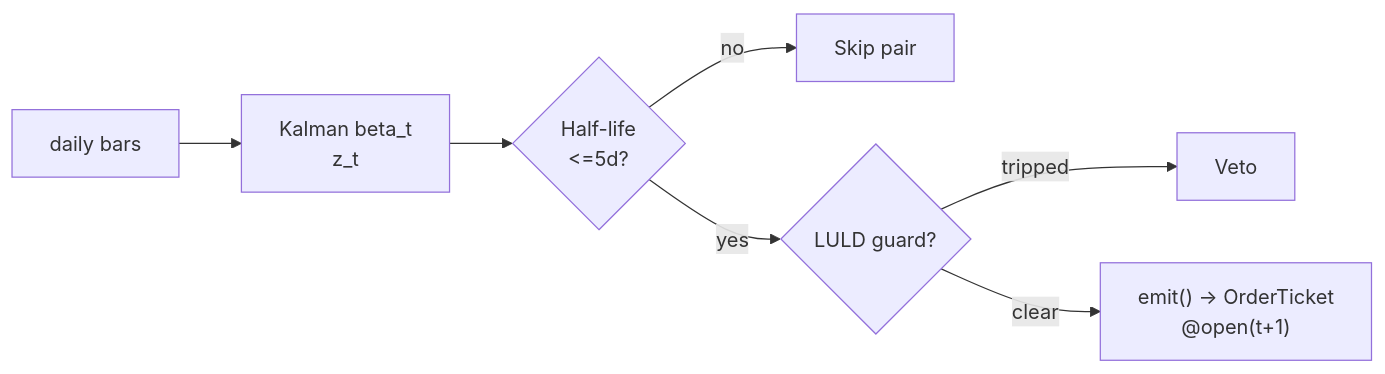
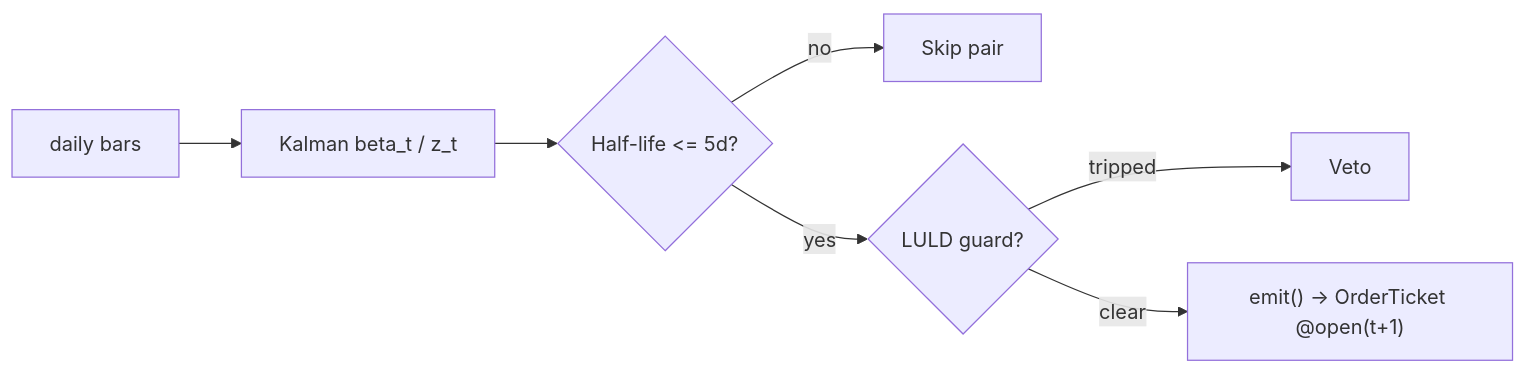
Before and after one commit to praveenguptahcl/quant-signals-deep: the diagram in modules/strategies/T008.md, drawn with Mermaid. The commit also changed other lines of this file and 275 other files, not shown here.

````diff
--- a/modules/strategies/T008.md
+++ b/modules/strategies/T008.md
@@ -329,12 +580,9 @@
 ```mermaid
 flowchart LR
-    BARS["daily bars"] --> KF["Kalman beta_t
-z_t"]
-    KF --> HL{"Half-life
-<=5d?"}
+    BARS["daily bars"] --> KF["Kalman beta_t / z_t"]
+    KF --> HL{"Half-life <= 5d?"}
     HL -->|no| SKIP["Skip pair"]
     HL -->|yes| LULD{"LULD guard?"}
     LULD -->|tripped| DROP["Veto"]
-    LULD -->|clear| EMIT["emit() -> OrderTicket
-@open(t+1)"]
+    LULD -->|clear| EMIT["emit() -> OrderTicket @open(t+1)"]
 ```
````
